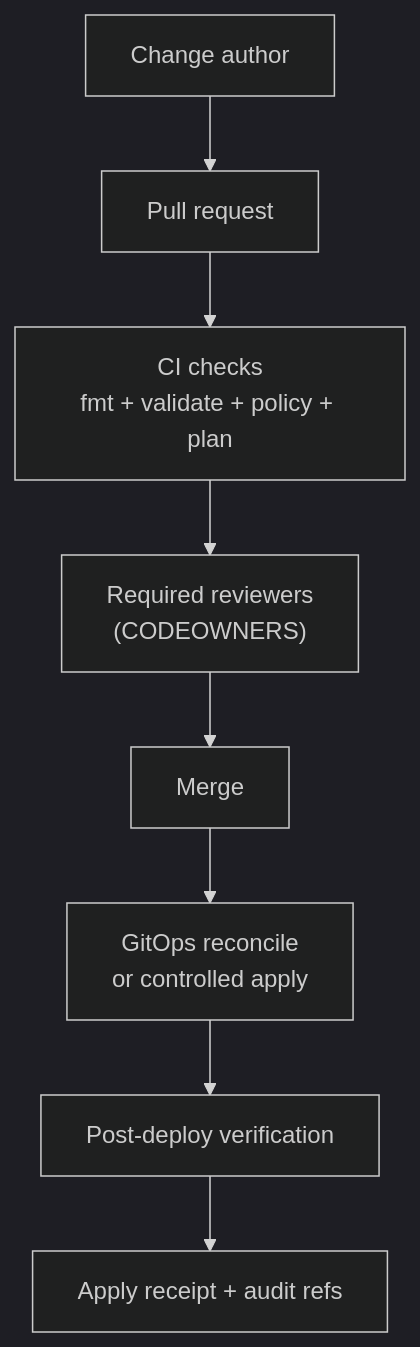
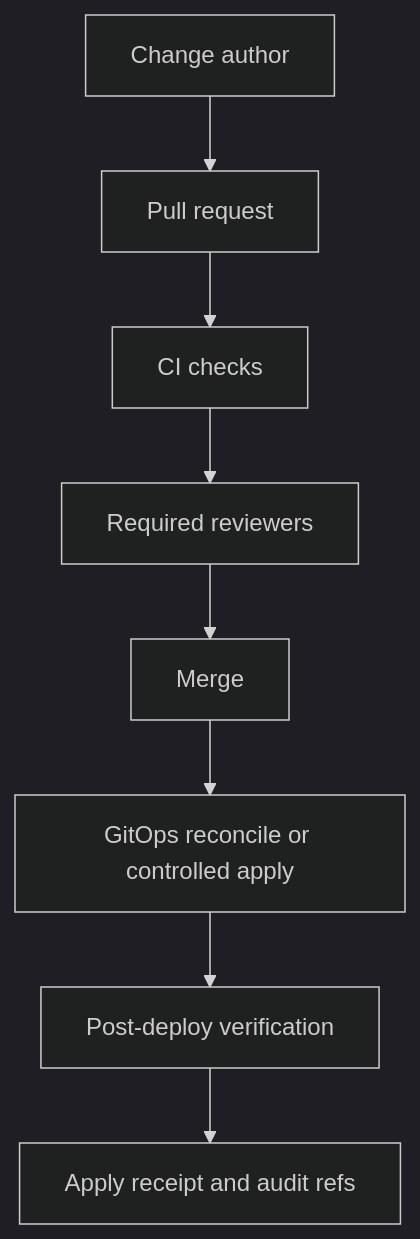
The third of 3 diagrams in infra/README.md (bartytime4life/Kansas-Frontier-Matrix), drawn with Mermaid (dark theme) before and after one commit. The commit also changed other lines of this file, not shown here.

````diff
--- a/infra/README.md
+++ b/infra/README.md
@@ -353,10 +419,10 @@
 ```mermaid
 flowchart TB
   author["Change author"] --> pr["Pull request"]
-  pr --> ci["CI checks<br/>fmt + validate + policy + plan"]
-  ci --> review["Required reviewers<br/>(CODEOWNERS)"]
+  pr --> ci["CI checks"]
+  ci --> review["Required reviewers"]
   review --> merge["Merge"]
-  merge --> cd["GitOps reconcile<br/>or controlled apply"]
-  cd --> verify["Post-deploy verification"]
-  verify --> receipt["Apply receipt + audit refs"]
+  merge --> reconcile["GitOps reconcile or controlled apply"]
+  reconcile --> verify["Post-deploy verification"]
+  verify --> receipt["Apply receipt and audit refs"]
 ```
````
